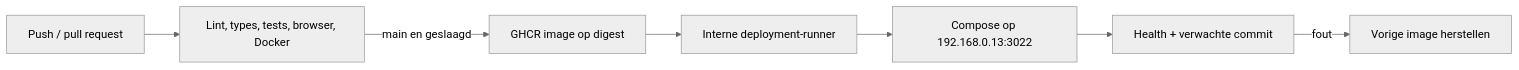
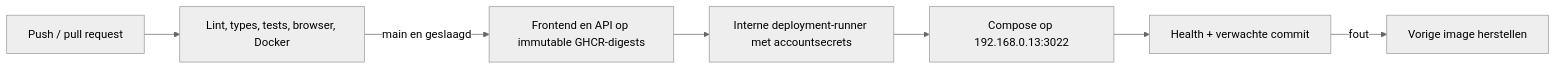
The diagram in docs/deployment.md (remb0/label-studio), drawn with Mermaid (neutral theme) before and after one commit. The commit also changed other lines of this file and 74 other files, not shown here.

````diff
--- a/docs/deployment.md
+++ b/docs/deployment.md
@@ -15,9 +15,9 @@
 ```mermaid
 flowchart LR
     PR[Push / pull request] --> CI[Lint, types, tests, browser, Docker]
-    CI -->|main en geslaagd| Image[GHCR image op digest]
-    Image --> Runner[Interne deployment-runner]
+    CI -->|main en geslaagd| Image[Frontend en API op immutable GHCR-digests]
+    Image --> Runner[Interne deployment-runner met accountsecrets]
     Runner --> Docker[Compose op 192.168.0.13:3022]
     Docker --> Verify[Health + verwachte commit]
     Verify -->|fout| Rollback[Vorige image herstellen]
 ```
````
